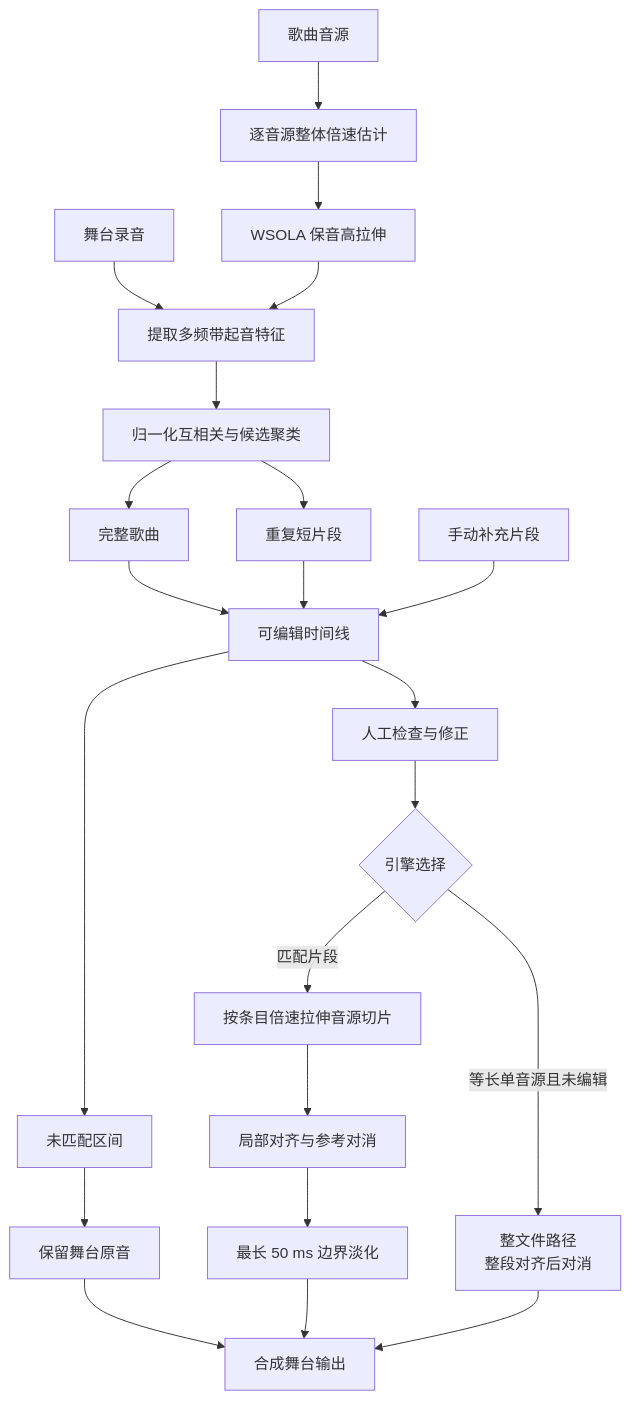
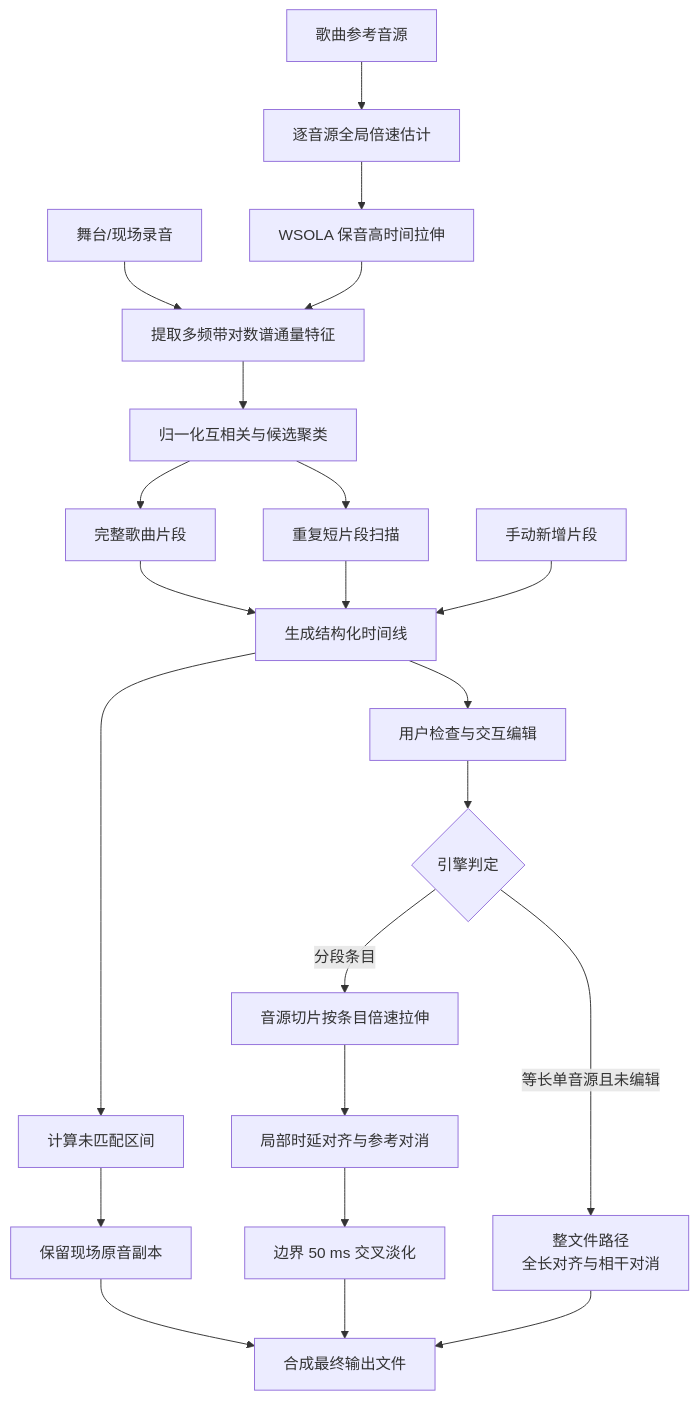
Before and after one commit to ChouChiu/Purivox: the diagram in docs/matching.md, drawn with Mermaid. The commit also changed other lines of this file and 15 other files, not shown here.

````diff
--- a/docs/matching.md
+++ b/docs/matching.md
@@ -32,24 +24,24 @@
 ```mermaid
 flowchart TB
-    stage["舞台录音"] --> feature["提取多频带起音特征"]
-    sources["歌曲音源"] --> speed["逐音源整体倍速估计"]
-    speed --> stretch["WSOLA 保音高拉伸"]
+    stage["舞台/现场录音"] --> feature["提取多频带对数谱通量特征"]
+    sources["歌曲参考音源"] --> speed["逐音源全局倍速估计"]
+    speed --> stretch["WSOLA 保音高时间拉伸"]
     stretch --> feature
     feature --> match["归一化互相关与候选聚类"]
-    match --> song["完整歌曲"]
-    match --> fragment["重复短片段"]
-    song --> timeline["可编辑时间线"]
+    match --> song["完整歌曲片段"]
+    match --> fragment["重复短片段扫描"]
+    song --> timeline["生成结构化时间线"]
     fragment --> timeline
-    manual["手动补充片段"] --> timeline
-    timeline --> review["人工检查与修正"]
-    timeline --> unmatched["未匹配区间"]
-    review --> engine{"引擎选择"}
-    engine -->|等长单音源且未编辑| whole["整文件路径<br/>整段对齐后对消"]
-    engine -->|匹配片段| rescale["按条目倍速拉伸音源切片"]
-    rescale --> cancel["局部对齐与参考对消"]
-    cancel --> blend["最长 50 ms 边界淡化"]
-    unmatched --> original["保留舞台原音"]
-    original --> output["合成舞台输出"]
+    manual["手动新增片段"] --> timeline
+    timeline --> review["用户检查与交互编辑"]
+    timeline --> unmatched["计算未匹配区间"]
+    review --> engine{"引擎判定"}
+    engine -->|等长单音源且未编辑| whole["整文件路径<br/>全长对齐与相干对消"]
+    engine -->|分段条目| rescale["音源切片按条目倍速拉伸"]
+    rescale --> cancel["局部时延对齐与参考对消"]
+    cancel --> blend["边界 50 ms 交叉淡化"]
+    unmatched --> original["保留现场原音副本"]
+    original --> output["合成最终输出文件"]
     blend --> output
     whole --> output
 ```
````
